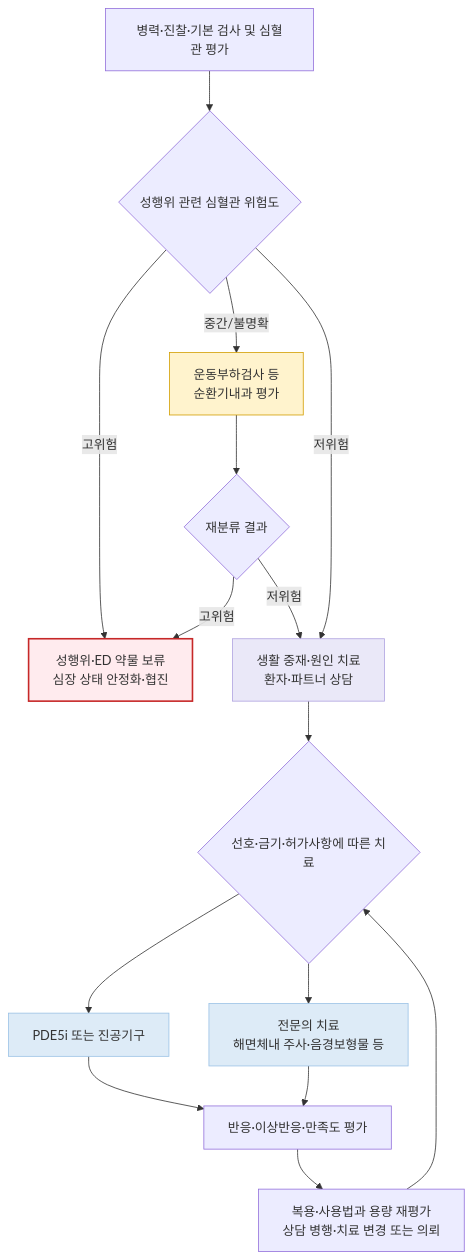
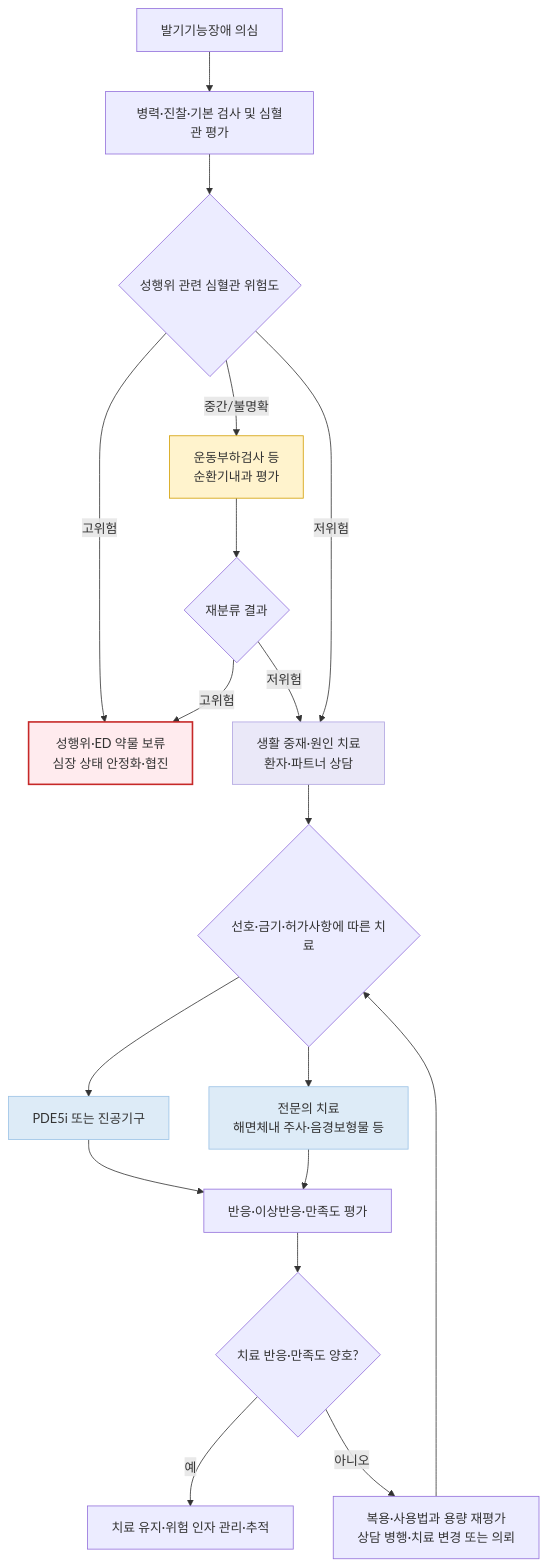
One commit to familyoh77/familyoh77 changed the first of 3 diagrams in 227_/132_-sexual-dysfunction.md. Above: the diagram before and after it, drawn with Mermaid. The commit also changed other lines of this file and 5 other files, not shown here.

````diff
--- a/227_/132_-sexual-dysfunction.md
+++ b/227_/132_-sexual-dysfunction.md
@@ -126,22 +126,25 @@
 ```mermaid
 flowchart TD
-    A["병력·진찰·기본 검사 및 심혈관 평가"] --> B{"성행위 관련 심혈관 위험도"}
+    S["발기기능장애 의심"] --> A["병력·진찰·기본 검사 및 심혈관 평가"]
+    A --> B{"성행위 관련 심혈관 위험도"}
     B -->|고위험| H["성행위·ED 약물 보류<br>심장 상태 안정화·협진"]
     B -->|중간/불명확| I["운동부하검사 등<br>순환기내과 평가"]
     I --> J{"재분류 결과"}
     J -->|고위험| H
     J -->|저위험| C
     B -->|저위험| C["생활 중재·원인 치료<br>환자·파트너 상담"]
     C --> D{"선호·금기·허가사항에 따른 치료"}
     D --> E["PDE5i 또는 진공기구"]
     D --> K["전문의 치료<br>해면체내 주사·음경보형물 등"]
     E --> F["반응·이상반응·만족도 평가"]
     K --> F
-    F --> G["복용·사용법과 용량 재평가<br>상담 병행·치료 변경 또는 의뢰"]
+    F --> R{"치료 반응·만족도 양호?"}
+    R -->|예| T["치료 유지·위험 인자 관리·추적"]
+    R -->|아니오| G["복용·사용법과 용량 재평가<br>상담 병행·치료 변경 또는 의뢰"]
     G --> D
     style H fill:#ffebee,stroke:#c62828,stroke-width:2px
     style I fill:#fff3cd,stroke:#d39e00
     style C fill:#EAE8F8,stroke:#B0A3E0
     style E fill:#DDEBF7,stroke:#9BC2E6
     style K fill:#DDEBF7,stroke:#9BC2E6
 ```
````
